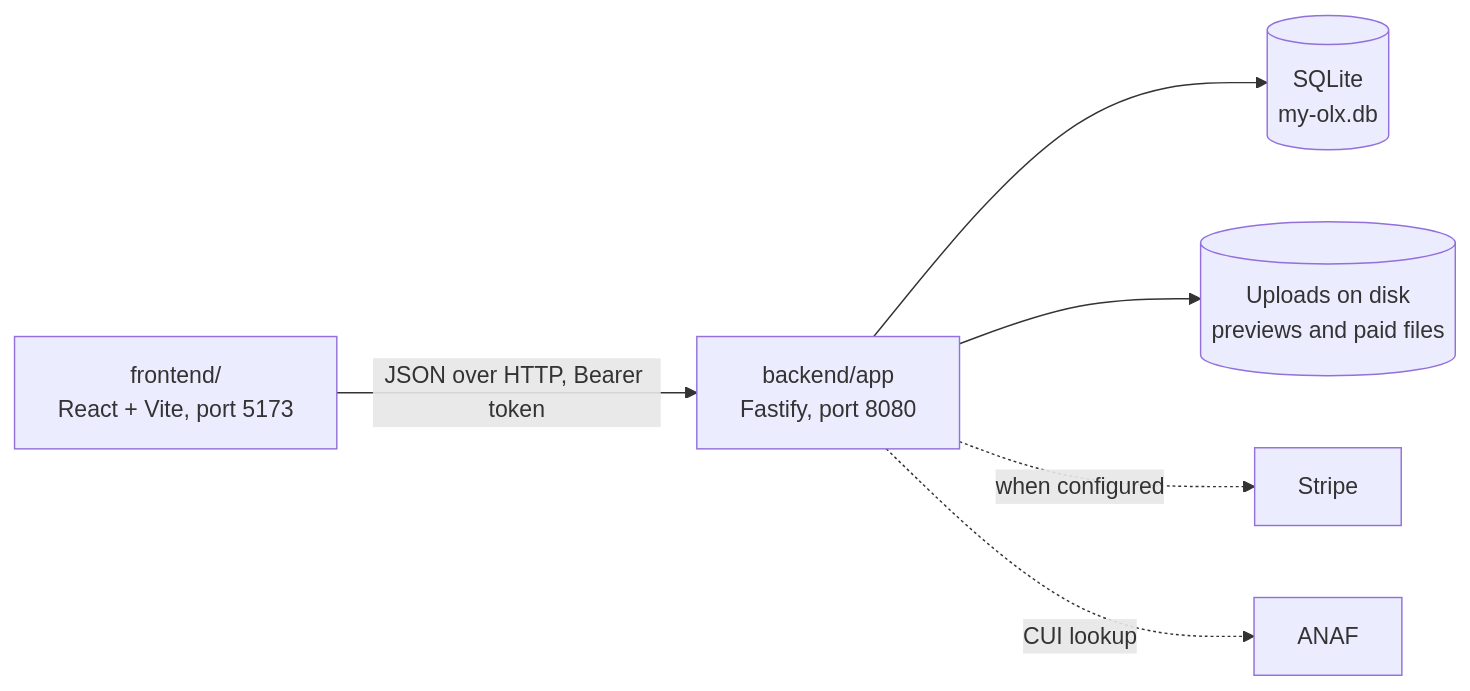
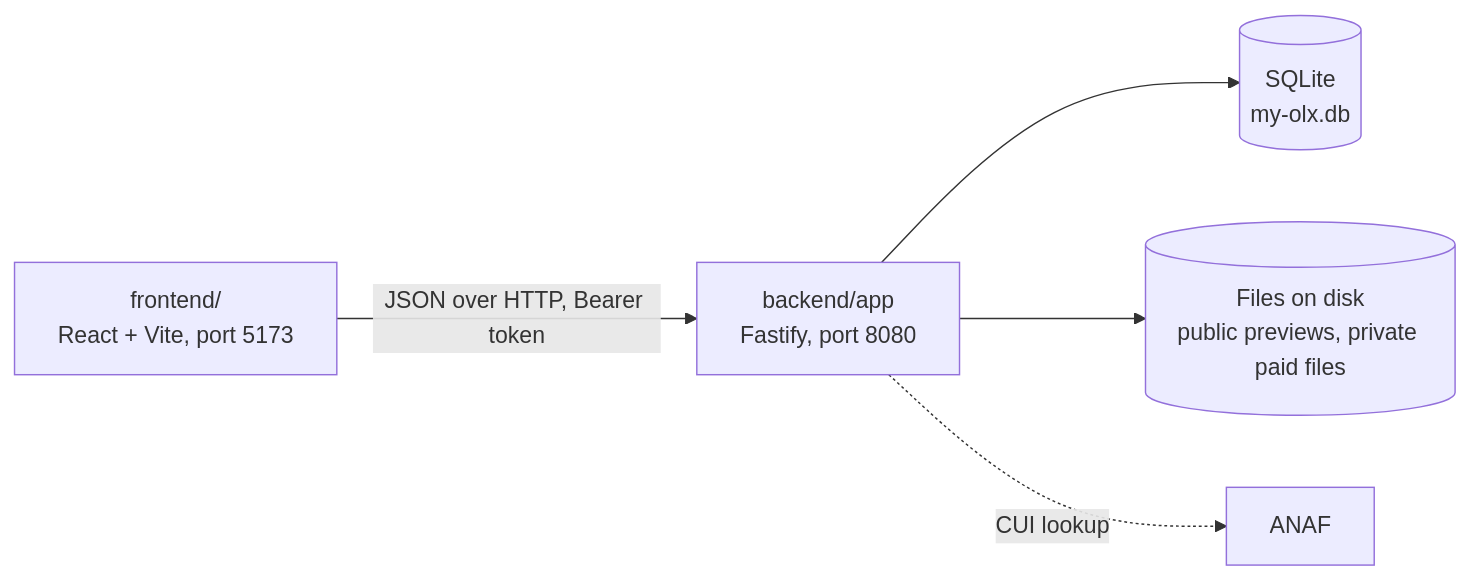
Before and after one commit to gandolh/comercial-website: the diagram in README.md, drawn with Mermaid. The commit also changed other lines of this file and 7 other files, not shown here.

````diff
--- a/README.md
+++ b/README.md
@@ -38,8 +38,7 @@
 ```mermaid
 flowchart LR
   web["frontend/<br/>React + Vite, port 5173"] -- "JSON over HTTP, Bearer token" --> api["backend/app<br/>Fastify, port 8080"]
   api --> db[("SQLite<br/>my-olx.db")]
-  api --> files[("Uploads on disk<br/>previews and paid files")]
-  api -. "when configured" .-> stripe["Stripe"]
+  api --> files[("Files on disk<br/>public previews, private paid files")]
   api -. "CUI lookup" .-> anaf["ANAF"]
 ```
````
